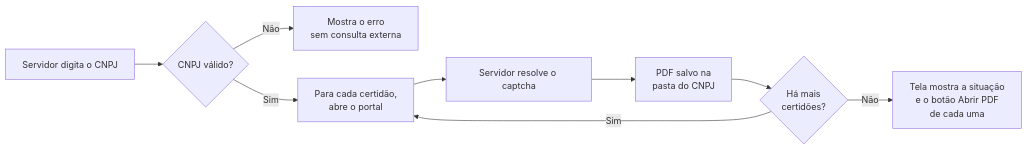
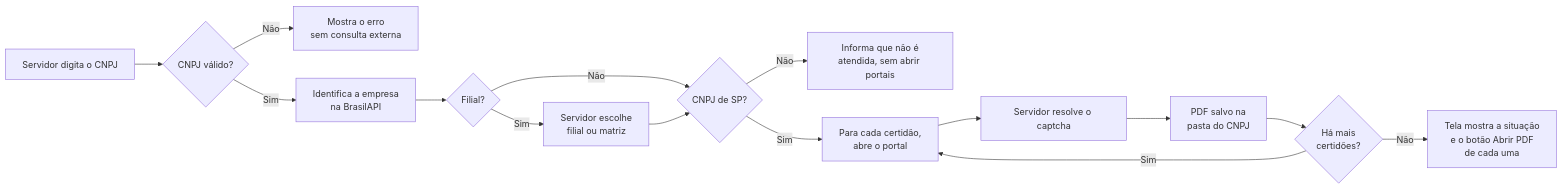
The diagram in README.md (maia-andre/licita_certidoes), drawn with Mermaid before and after one commit. The commit also changed other lines of this file and 10 other files, not shown here.

First line of the commit message:
feat: identificação da empresa pela BrasilAPI (INC-05)

````diff
--- a/README.md
+++ b/README.md
@@ -27,11 +27,17 @@
 ```mermaid
 flowchart LR
     A[Servidor digita o CNPJ] --> B{CNPJ válido?}
     B -- Não --> C[Mostra o erro<br/>sem consulta externa]
-    B -- Sim --> D[Para cada certidão,<br/>abre o portal]
+    B -- Sim --> I[Identifica a empresa<br/>na BrasilAPI]
+    I --> J{Filial?}
+    J -- Sim --> K[Servidor escolhe<br/>filial ou matriz]
+    J -- Não --> L{CNPJ de SP?}
+    K --> L
+    L -- Não --> M[Informa que não é<br/>atendida, sem abrir portais]
+    L -- Sim --> D[Para cada certidão,<br/>abre o portal]
     D --> E[Servidor resolve o captcha]
     E --> F[PDF salvo na<br/>pasta do CNPJ]
     F --> G{Há mais<br/>certidões?}
     G -- Sim --> D
     G -- Não --> H[Tela mostra a situação<br/>e o botão Abrir PDF<br/>de cada uma]
 ```
````
